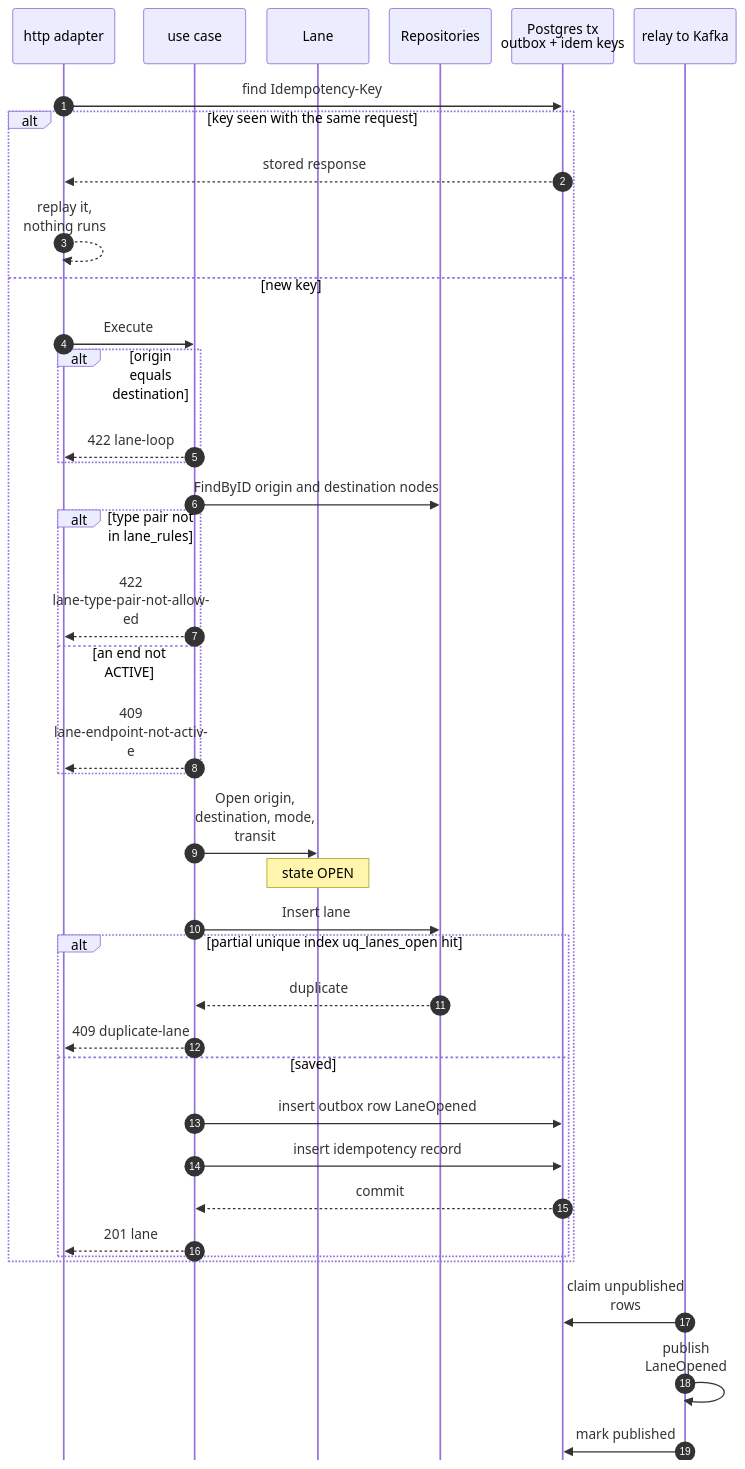
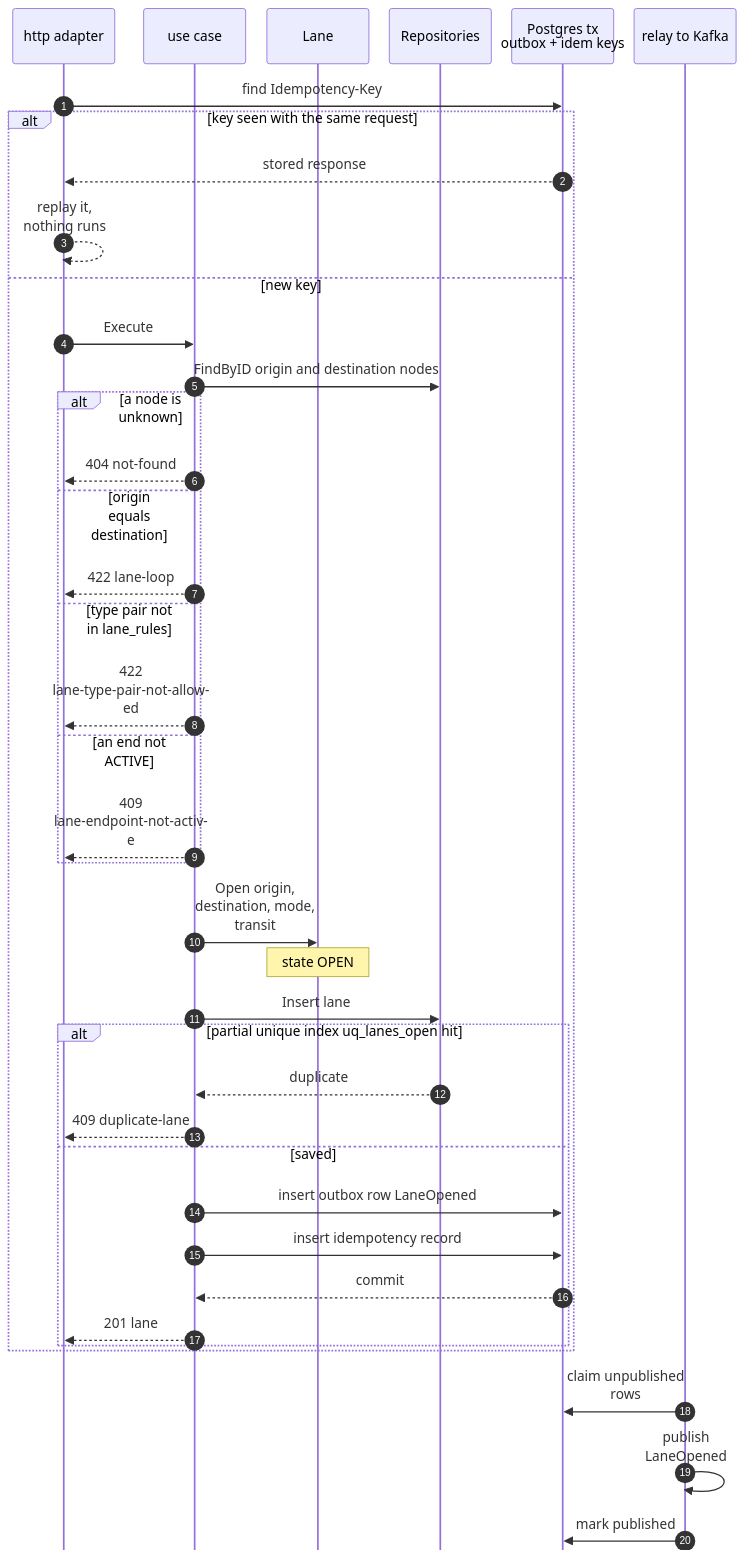
Before and after one commit to IQVO/warehouse-docs: the sixth of 9 diagrams in network/docs/contexts/node-topology/sequence-diagrams.md, drawn with Mermaid. The commit also changed other lines of this file and 4 other files, not shown here.

Commit message:
docs(network): node-topology pack and model follow the repo (FC INBOUND, OpenLane order, routes, ADR 0017 open)

````diff
--- a/network/docs/contexts/node-topology/sequence-diagrams.md
+++ b/network/docs/contexts/node-topology/sequence-diagrams.md
@@ -311,42 +311,43 @@
 ```mermaid
 %%{init: {"sequence": {"wrap": true, "width": 120, "actorMargin": 24, "messageMargin": 28, "boxMargin": 6, "noteMargin": 6, "mirrorActors": false}}}%%
 sequenceDiagram
     autonumber
     participant H as http adapter
     participant UC as use case
     participant A as Lane
     participant R as Repositories
     participant TX as Postgres tx<br/>outbox + idem keys
     participant K as relay to Kafka
     H->>TX: find Idempotency-Key
     alt key seen with the same request
         TX-->>H: stored response
         H-->>H: replay it, nothing runs
     else new key
         H->>UC: Execute
-        alt origin equals destination
+        UC->>R: FindByID origin and destination nodes
+        alt a node is unknown
+            UC-->>H: 404 not-found
+        else origin equals destination
             UC-->>H: 422 lane-loop
-        end
-        UC->>R: FindByID origin and destination nodes
-        alt type pair not in lane_rules
+        else type pair not in lane_rules
             UC-->>H: 422 lane-type-pair-not-allowed
         else an end not ACTIVE
             UC-->>H: 409 lane-endpoint-not-active
         end
         UC->>A: Open origin, destination, mode, transit
         Note over A: state OPEN
         UC->>R: Insert lane
         alt partial unique index uq_lanes_open hit
             R-->>UC: duplicate
             UC-->>H: 409 duplicate-lane
         else saved
             UC->>TX: insert outbox row LaneOpened
             UC->>TX: insert idempotency record
             TX-->>UC: commit
             UC-->>H: 201 lane
         end
     end
     K->>TX: claim unpublished rows
     K->>K: publish LaneOpened
     K->>TX: mark published
 ```
````
